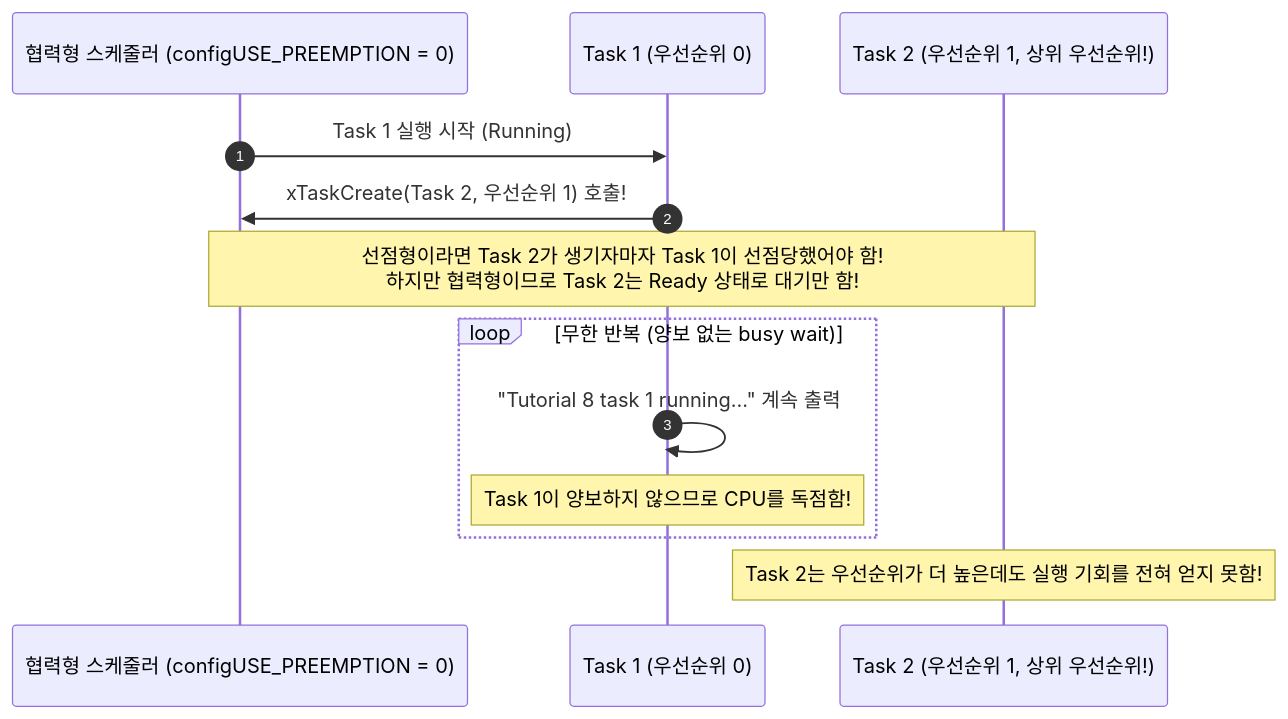
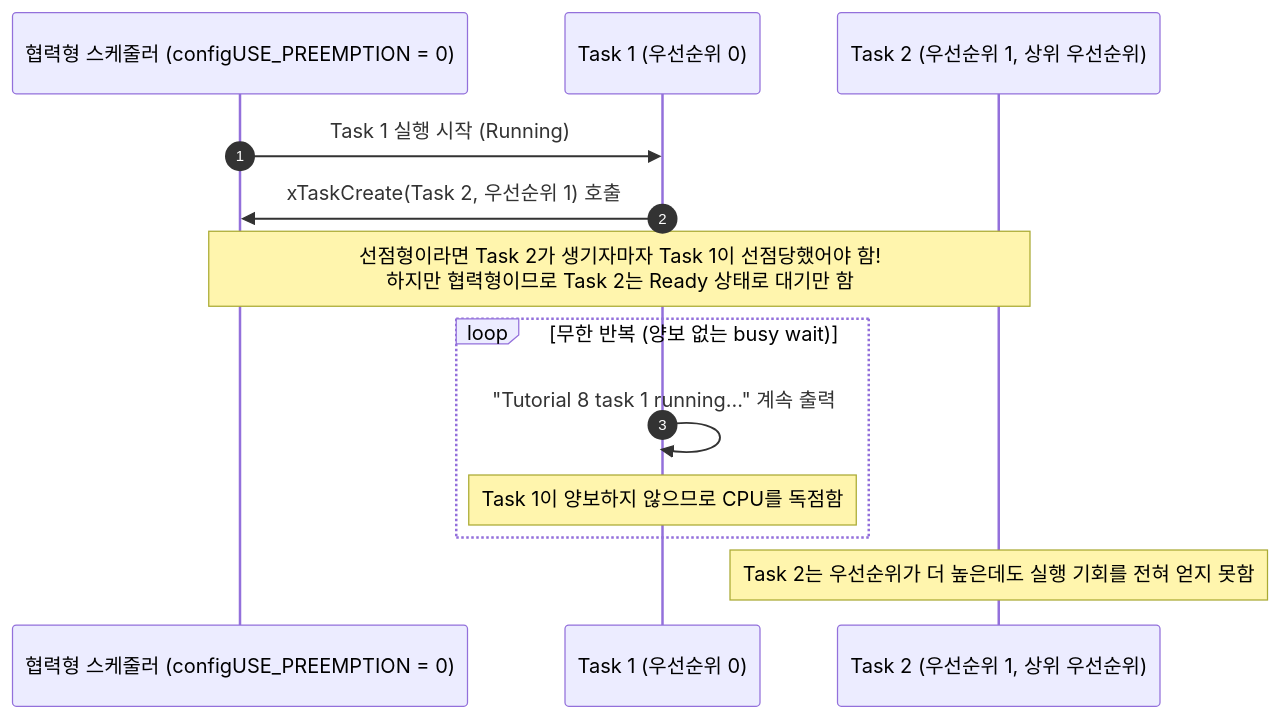
Before and after one commit to yunju-baek/FreeRTOS-Tutorials-ko: the second of 2 diagrams in ko/guides/tutorial_8.md, drawn with Mermaid. The commit also changed other lines of this file and 37 other files, not shown here.

````diff
--- a/ko/guides/tutorial_8.md
+++ b/ko/guides/tutorial_8.md
@@ -64,16 +66,16 @@
 ```mermaid
 sequenceDiagram
     autonumber
     participant Sched as 협력형 스케줄러 (configUSE_PREEMPTION = 0)
     participant T1 as Task 1 (우선순위 0)
-    participant T2 as Task 2 (우선순위 1, 상위 우선순위!)
+    participant T2 as Task 2 (우선순위 1, 상위 우선순위)
 
     Sched->>T1: Task 1 실행 시작 (Running)
-    T1->>Sched: xTaskCreate(Task 2, 우선순위 1) 호출!
-    Note over Sched,T2: 선점형이라면 Task 2가 생기자마자 Task 1이 선점당했어야 함!<br/>하지만 협력형이므로 Task 2는 Ready 상태로 대기만 함!
+    T1->>Sched: xTaskCreate(Task 2, 우선순위 1) 호출
+    Note over Sched,T2: 선점형이라면 Task 2가 생기자마자 Task 1이 선점당했어야 함!<br/>하지만 협력형이므로 Task 2는 Ready 상태로 대기만 함
     loop 무한 반복 (양보 없는 busy wait)
         T1->>T1: "Tutorial 8 task 1 running..." 계속 출력
-        Note over T1: Task 1이 양보하지 않으므로 CPU를 독점함!
+        Note over T1: Task 1이 양보하지 않으므로 CPU를 독점함
     end
-    Note over T2: Task 2는 우선순위가 더 높은데도 실행 기회를 전혀 얻지 못함!
+    Note over T2: Task 2는 우선순위가 더 높은데도 실행 기회를 전혀 얻지 못함
 ```
````
